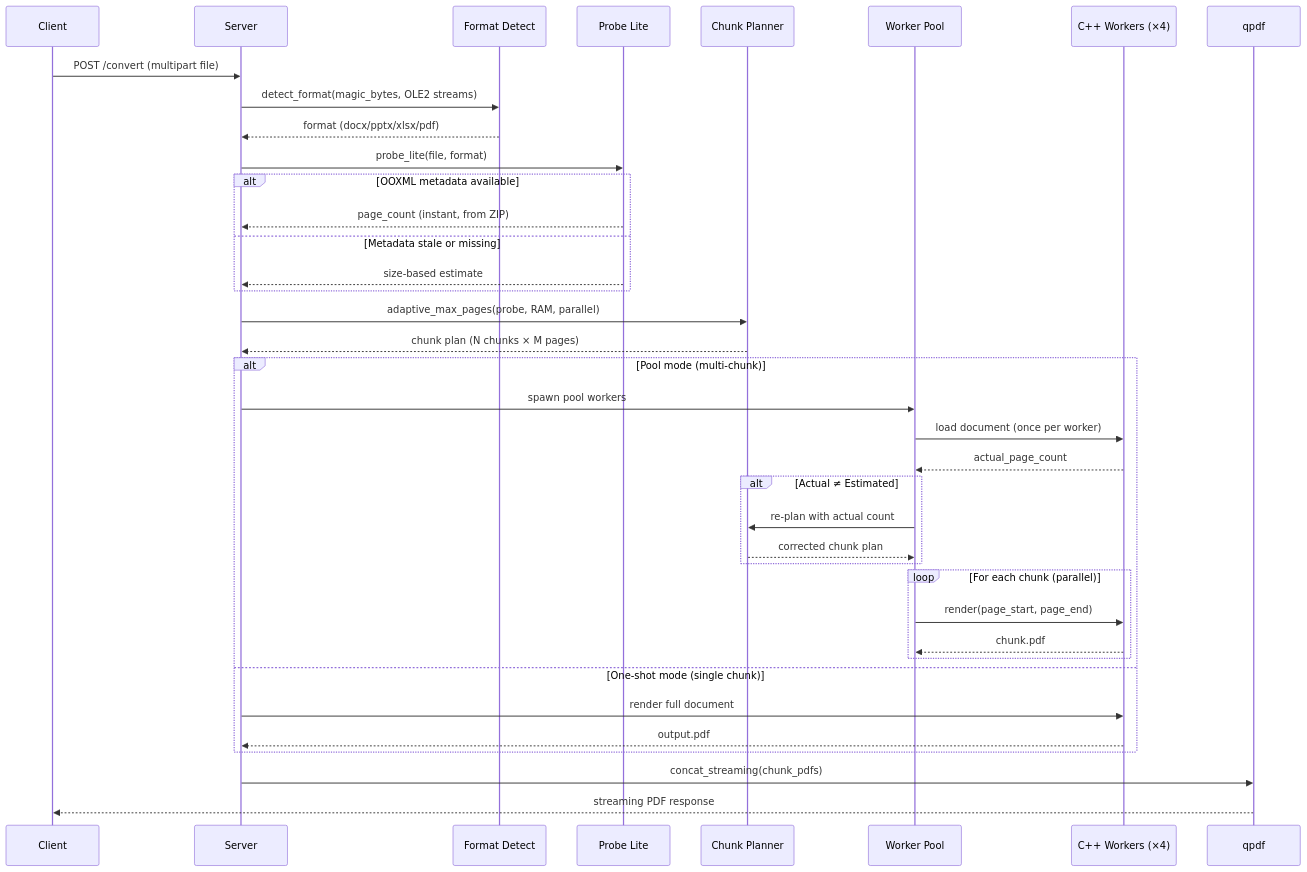
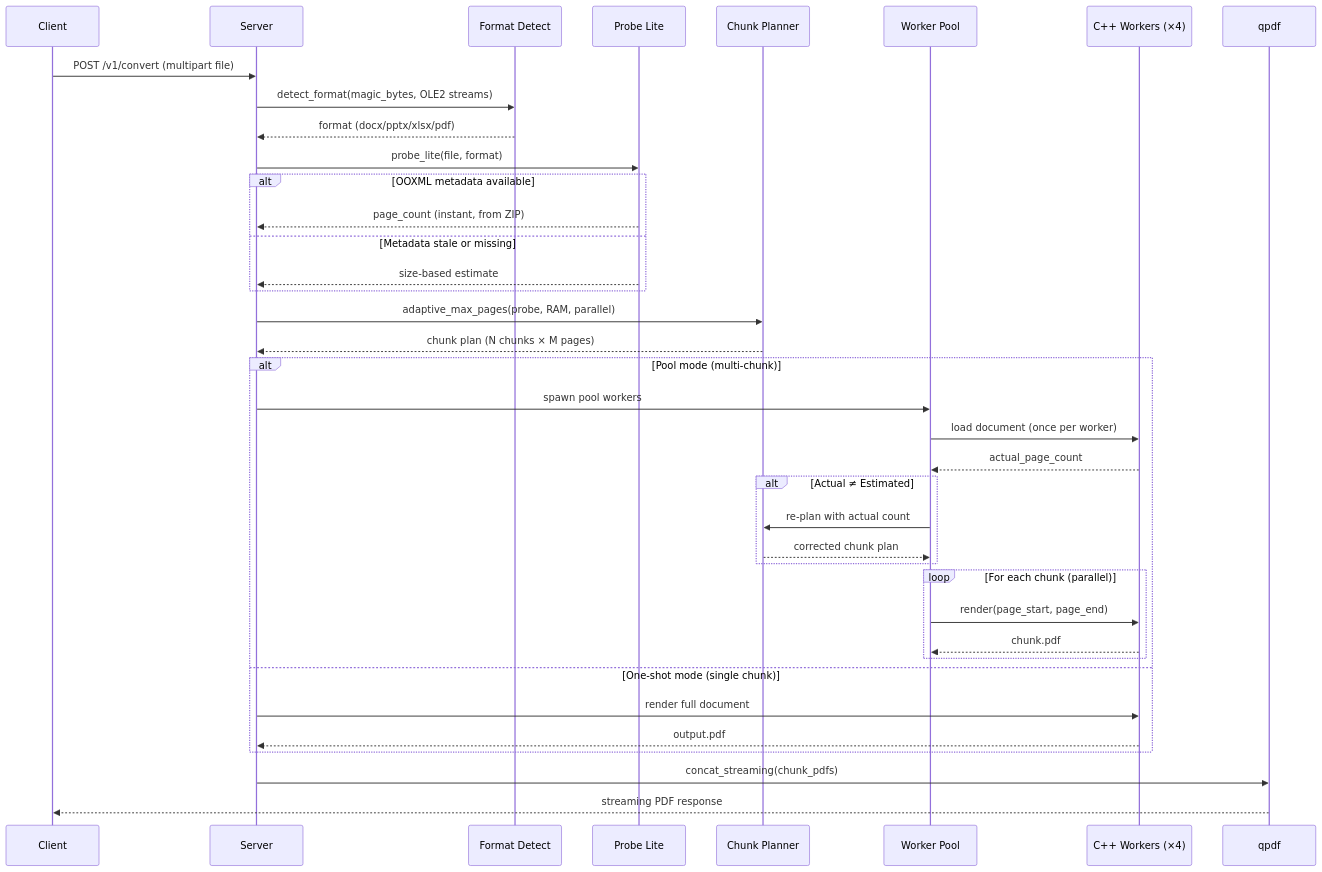
The second of 4 diagrams in aidlc-docs/construction/office-converter/architecture-diagram.md (adityawagh1710/document-uploader-aspose-total-demo), drawn with Mermaid before and after one commit. The commit also changed other lines of this file and 8 other files, not shown here.

````diff
--- a/aidlc-docs/construction/office-converter/architecture-diagram.md
+++ b/aidlc-docs/construction/office-converter/architecture-diagram.md
@@ -53,47 +53,47 @@
 ```mermaid
 sequenceDiagram
     participant C as Client
     participant S as Server
     participant D as Format Detect
     participant P as Probe Lite
     participant CP as Chunk Planner
     participant WP as Worker Pool
     participant W as C++ Workers (×4)
     participant Q as qpdf
 
-    C->>S: POST /convert (multipart file)
+    C->>S: POST /v1/convert (multipart file)
     S->>D: detect_format(magic_bytes, OLE2 streams)
     D-->>S: format (docx/pptx/xlsx/pdf)
 
     S->>P: probe_lite(file, format)
     alt OOXML metadata available
         P-->>S: page_count (instant, from ZIP)
     else Metadata stale or missing
         P-->>S: size-based estimate
     end
 
     S->>CP: adaptive_max_pages(probe, RAM, parallel)
     CP-->>S: chunk plan (N chunks × M pages)
 
     alt Pool mode (multi-chunk)
         S->>WP: spawn pool workers
         WP->>W: load document (once per worker)
         W-->>WP: actual_page_count
 
         alt Actual ≠ Estimated
             WP->>CP: re-plan with actual count
             CP-->>WP: corrected chunk plan
         end
 
         loop For each chunk (parallel)
             WP->>W: render(page_start, page_end)
             W-->>WP: chunk.pdf
         end
     else One-shot mode (single chunk)
         S->>W: render full document
         W-->>S: output.pdf
     end
 
     S->>Q: concat_streaming(chunk_pdfs)
     Q-->>C: streaming PDF response
 ```
````
